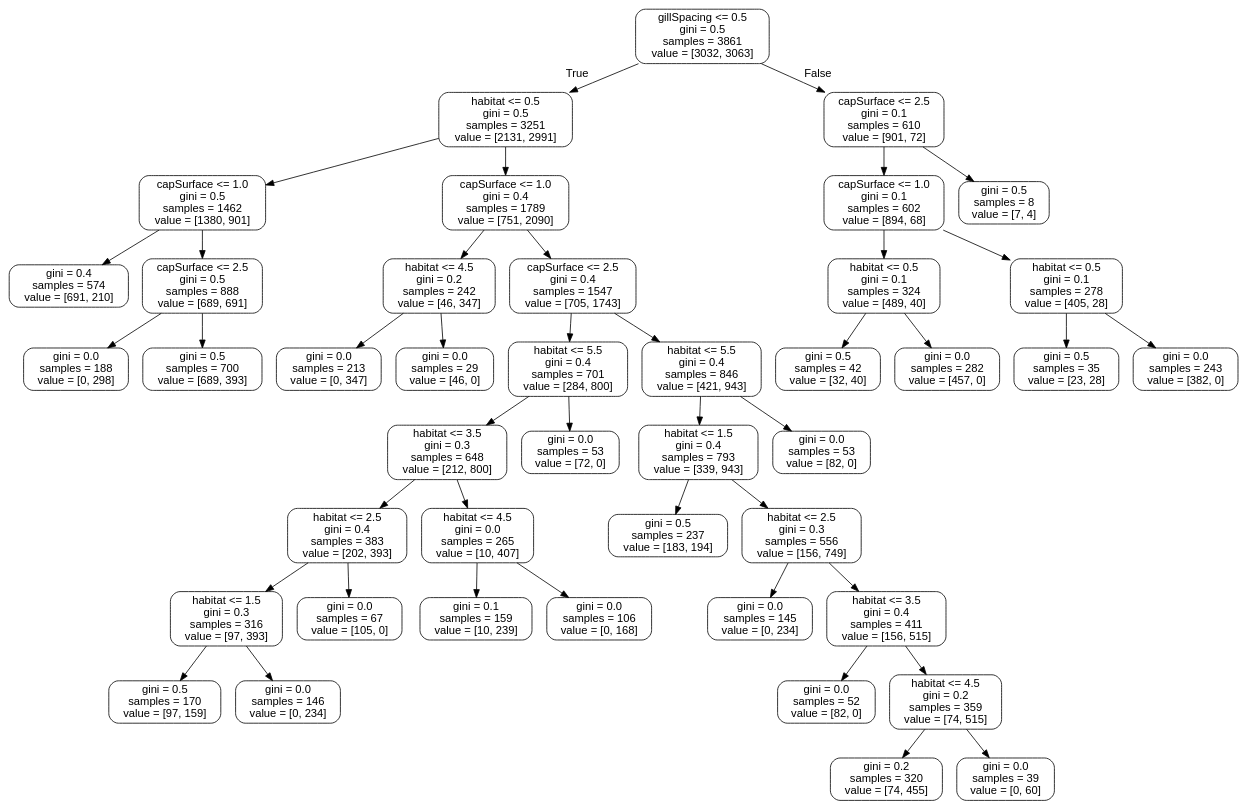
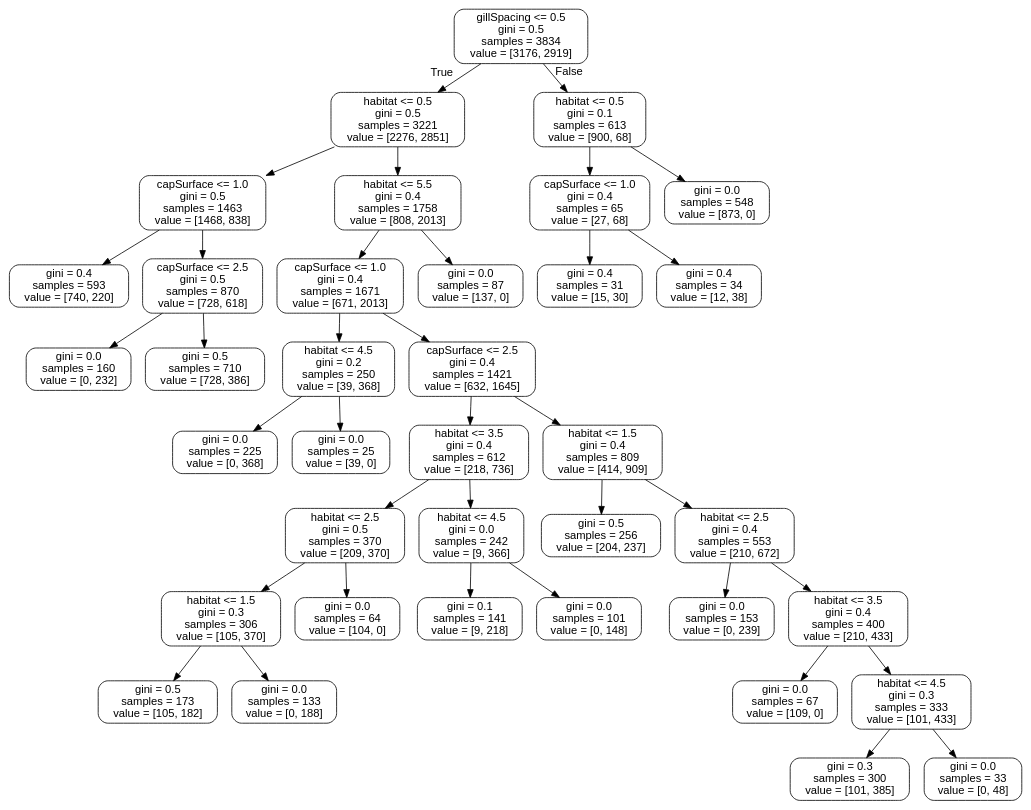
The diagram in tree.dot (williamhenderson02/ML-Coursework-2022), drawn with Graphviz before and after one commit. The commit also changed 3 other files, not shown here.

```diff
--- a/tree.dot
+++ b/tree.dot
@@ -1,89 +1,77 @@
 digraph Tree {
 node [shape=box, style="rounded", color="black", fontname="helvetica"] ;
 edge [fontname="helvetica"] ;
-0 [label="gillSpacing <= 0.5\ngini = 0.5\nsamples = 3861\nvalue = [3032, 3063]"] ;
-1 [label="habitat <= 0.5\ngini = 0.5\nsamples = 3251\nvalue = [2131, 2991]"] ;
+0 [label="gillSpacing <= 0.5\ngini = 0.5\nsamples = 3834\nvalue = [3176, 2919]"] ;
+1 [label="habitat <= 0.5\ngini = 0.5\nsamples = 3221\nvalue = [2276, 2851]"] ;
 0 -> 1 [labeldistance=2.5, labelangle=45, headlabel="True"] ;
-2 [label="capSurface <= 1.0\ngini = 0.5\nsamples = 1462\nvalue = [1380, 901]"] ;
+2 [label="capSurface <= 1.0\ngini = 0.5\nsamples = 1463\nvalue = [1468, 838]"] ;
 1 -> 2 ;
-3 [label="gini = 0.4\nsamples = 574\nvalue = [691, 210]"] ;
+3 [label="gini = 0.4\nsamples = 593\nvalue = [740, 220]"] ;
 2 -> 3 ;
-4 [label="capSurface <= 2.5\ngini = 0.5\nsamples = 888\nvalue = [689, 691]"] ;
+4 [label="capSurface <= 2.5\ngini = 0.5\nsamples = 870\nvalue = [728, 618]"] ;
 2 -> 4 ;
-5 [label="gini = 0.0\nsamples = 188\nvalue = [0, 298]"] ;
+5 [label="gini = 0.0\nsamples = 160\nvalue = [0, 232]"] ;
 4 -> 5 ;
-6 [label="gini = 0.5\nsamples = 700\nvalue = [689, 393]"] ;
+6 [label="gini = 0.5\nsamples = 710\nvalue = [728, 386]"] ;
 4 -> 6 ;
-7 [label="capSurface <= 1.0\ngini = 0.4\nsamples = 1789\nvalue = [751, 2090]"] ;
+7 [label="habitat <= 5.5\ngini = 0.4\nsamples = 1758\nvalue = [808, 2013]"] ;
 1 -> 7 ;
-8 [label="habitat <= 4.5\ngini = 0.2\nsamples = 242\nvalue = [46, 347]"] ;
+8 [label="capSurface <= 1.0\ngini = 0.4\nsamples = 1671\nvalue = [671, 2013]"] ;
 7 -> 8 ;
-9 [label="gini = 0.0\nsamples = 213\nvalue = [0, 347]"] ;
+9 [label="habitat <= 4.5\ngini = 0.2\nsamples = 250\nvalue = [39, 368]"] ;
 8 -> 9 ;
-10 [label="gini = 0.0\nsamples = 29\nvalue = [46, 0]"] ;
-8 -> 10 ;
-11 [label="capSurface <= 2.5\ngini = 0.4\nsamples = 1547\nvalue = [705, 1743]"] ;
-7 -> 11 ;
-12 [label="habitat <= 5.5\ngini = 0.4\nsamples = 701\nvalue = [284, 800]"] ;
-11 -> 12 ;
-13 [label="habitat <= 3.5\ngini = 0.3\nsamples = 648\nvalue = [212, 800]"] ;
+10 [label="gini = 0.0\nsamples = 225\nvalue = [0, 368]"] ;
+9 -> 10 ;
+11 [label="gini = 0.0\nsamples = 25\nvalue = [39, 0]"] ;
+9 -> 11 ;
+12 [label="capSurface <= 2.5\ngini = 0.4\nsamples = 1421\nvalue = [632, 1645]"] ;
+8 -> 12 ;
+13 [label="habitat <= 3.5\ngini = 0.4\nsamples = 612\nvalue = [218, 736]"] ;
 12 -> 13 ;
-14 [label="habitat <= 2.5\ngini = 0.4\nsamples = 383\nvalue = [202, 393]"] ;
+14 [label="habitat <= 2.5\ngini = 0.5\nsamples = 370\nvalue = [209, 370]"] ;
 13 -> 14 ;
-15 [label="habitat <= 1.5\ngini = 0.3\nsamples = 316\nvalue = [97, 393]"] ;
+15 [label="habitat <= 1.5\ngini = 0.3\nsamples = 306\nvalue = [105, 370]"] ;
 14 -> 15 ;
-16 [label="gini = 0.5\nsamples = 170\nvalue = [97, 159]"] ;
+16 [label="gini = 0.5\nsamples = 173\nvalue = [105, 182]"] ;
 15 -> 16 ;
-17 [label="gini = 0.0\nsamples = 146\nvalue = [0, 234]"] ;
+17 [label="gini = 0.0\nsamples = 133\nvalue = [0, 188]"] ;
 15 -> 17 ;
-18 [label="gini = 0.0\nsamples = 67\nvalue = [105, 0]"] ;
+18 [label="gini = 0.0\nsamples = 64\nvalue = [104, 0]"] ;
 14 -> 18 ;
-19 [label="habitat <= 4.5\ngini = 0.0\nsamples = 265\nvalue = [10, 407]"] ;
+19 [label="habitat <= 4.5\ngini = 0.0\nsamples = 242\nvalue = [9, 366]"] ;
 13 -> 19 ;
-20 [label="gini = 0.1\nsamples = 159\nvalue = [10, 239]"] ;
+20 [label="gini = 0.1\nsamples = 141\nvalue = [9, 218]"] ;
 19 -> 20 ;
-21 [label="gini = 0.0\nsamples = 106\nvalue = [0, 168]"] ;
+21 [label="gini = 0.0\nsamples = 101\nvalue = [0, 148]"] ;
 19 -> 21 ;
-22 [label="gini = 0.0\nsamples = 53\nvalue = [72, 0]"] ;
+22 [label="habitat <= 1.5\ngini = 0.4\nsamples = 809\nvalue = [414, 909]"] ;
 12 -> 22 ;
-23 [label="habitat <= 5.5\ngini = 0.4\nsamples = 846\nvalue = [421, 943]"] ;
-11 -> 23 ;
-24 [label="habitat <= 1.5\ngini = 0.4\nsamples = 793\nvalue = [339, 943]"] ;
-23 -> 24 ;
-25 [label="gini = 0.5\nsamples = 237\nvalue = [183, 194]"] ;
+23 [label="gini = 0.5\nsamples = 256\nvalue = [204, 237]"] ;
+22 -> 23 ;
+24 [label="habitat <= 2.5\ngini = 0.4\nsamples = 553\nvalue = [210, 672]"] ;
+22 -> 24 ;
+25 [label="gini = 0.0\nsamples = 153\nvalue = [0, 239]"] ;
 24 -> 25 ;
-26 [label="habitat <= 2.5\ngini = 0.3\nsamples = 556\nvalue = [156, 749]"] ;
+26 [label="habitat <= 3.5\ngini = 0.4\nsamples = 400\nvalue = [210, 433]"] ;
 24 -> 26 ;
-27 [label="gini = 0.0\nsamples = 145\nvalue = [0, 234]"] ;
+27 [label="gini = 0.0\nsamples = 67\nvalue = [109, 0]"] ;
 26 -> 27 ;
-28 [label="habitat <= 3.5\ngini = 0.4\nsamples = 411\nvalue = [156, 515]"] ;
+28 [label="habitat <= 4.5\ngini = 0.3\nsamples = 333\nvalue = [101, 433]"] ;
 26 -> 28 ;
-29 [label="gini = 0.0\nsamples = 52\nvalue = [82, 0]"] ;
+29 [label="gini = 0.3\nsamples = 300\nvalue = [101, 385]"] ;
 28 -> 29 ;
-30 [label="habitat <= 4.5\ngini = 0.2\nsamples = 359\nvalue = [74, 515]"] ;
+30 [label="gini = 0.0\nsamples = 33\nvalue = [0, 48]"] ;
 28 -> 30 ;
-31 [label="gini = 0.2\nsamples = 320\nvalue = [74, 455]"] ;
-30 -> 31 ;
-32 [label="gini = 0.0\nsamples = 39\nvalue = [0, 60]"] ;
-30 -> 32 ;
-33 [label="gini = 0.0\nsamples = 53\nvalue = [82, 0]"] ;
-23 -> 33 ;
-34 [label="capSurface <= 2.5\ngini = 0.1\nsamples = 610\nvalue = [901, 72]"] ;
-0 -> 34 [labeldistance=2.5, labelangle=-45, headlabel="False"] ;
-35 [label="capSurface <= 1.0\ngini = 0.1\nsamples = 602\nvalue = [894, 68]"] ;
-34 -> 35 ;
-36 [label="habitat <= 0.5\ngini = 0.1\nsamples = 324\nvalue = [489, 40]"] ;
-35 -> 36 ;
-37 [label="gini = 0.5\nsamples = 42\nvalue = [32, 40]"] ;
-36 -> 37 ;
-38 [label="gini = 0.0\nsamples = 282\nvalue = [457, 0]"] ;
-36 -> 38 ;
-39 [label="habitat <= 0.5\ngini = 0.1\nsamples = 278\nvalue = [405, 28]"] ;
-35 -> 39 ;
-40 [label="gini = 0.5\nsamples = 35\nvalue = [23, 28]"] ;
-39 -> 40 ;
-41 [label="gini = 0.0\nsamples = 243\nvalue = [382, 0]"] ;
-39 -> 41 ;
-42 [label="gini = 0.5\nsamples = 8\nvalue = [7, 4]"] ;
-34 -> 42 ;
+31 [label="gini = 0.0\nsamples = 87\nvalue = [137, 0]"] ;
+7 -> 31 ;
+32 [label="habitat <= 0.5\ngini = 0.1\nsamples = 613\nvalue = [900, 68]"] ;
+0 -> 32 [labeldistance=2.5, labelangle=-45, headlabel="False"] ;
+33 [label="capSurface <= 1.0\ngini = 0.4\nsamples = 65\nvalue = [27, 68]"] ;
+32 -> 33 ;
+34 [label="gini = 0.4\nsamples = 31\nvalue = [15, 30]"] ;
+33 -> 34 ;
+35 [label="gini = 0.4\nsamples = 34\nvalue = [12, 38]"] ;
+33 -> 35 ;
+36 [label="gini = 0.0\nsamples = 548\nvalue = [873, 0]"] ;
+32 -> 36 ;
 }
```
